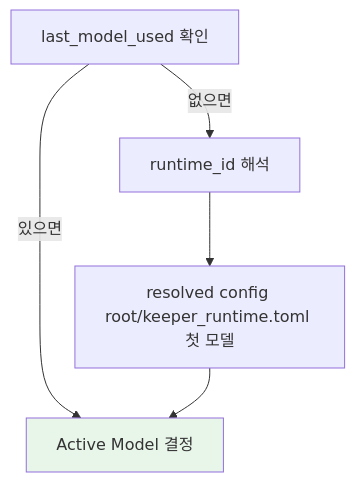
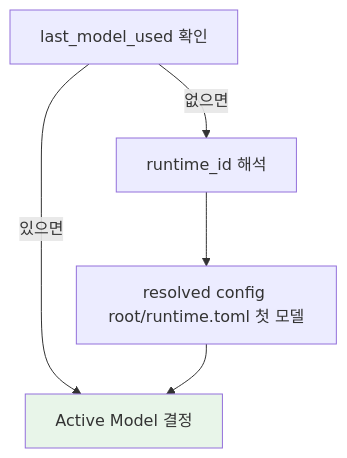
One commit to jeong-sik/masc changed the second of 3 diagrams in docs/KEEPER-USER-MANUAL.md. Above: the diagram before and after it, drawn with Mermaid. The commit also changed other lines of this file and 62 other files, not shown here.

First line of the commit message:
refactor(config): rename keeper_runtime.toml to runtime.toml (#19862)

````diff
--- a/docs/KEEPER-USER-MANUAL.md
+++ b/docs/KEEPER-USER-MANUAL.md
@@ -557,9 +557,9 @@
 ```mermaid
 flowchart TD
     A[last_model_used 확인] -->|있으면| Z[Active Model 결정]
     A -->|없으면| B[runtime_id 해석]
-    B --> C[resolved config root/keeper_runtime.toml 첫 모델]
+    B --> C[resolved config root/runtime.toml 첫 모델]
     C --> Z
 
     style Z fill:#e8f5e9
 ```
````
